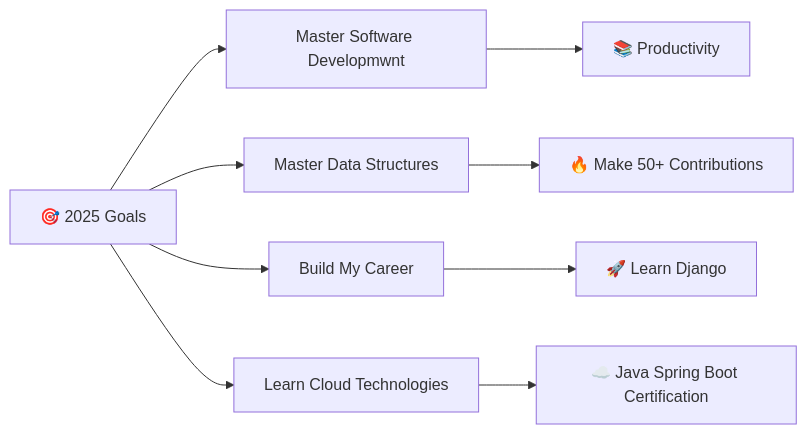
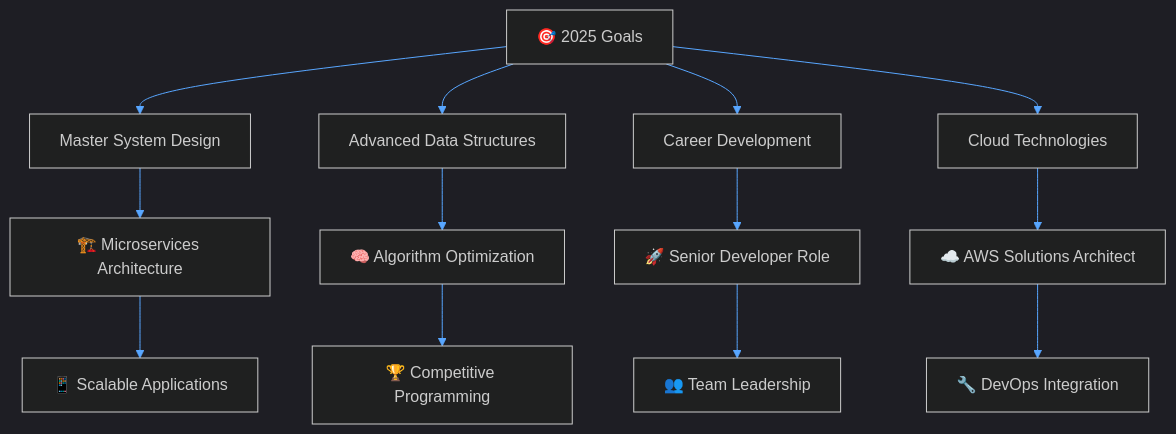
The diagram in README.md (abhinavhh/abhinavhh), drawn with Mermaid before and after one commit. The commit also changed other lines of this file, not shown here.

````diff
--- a/README.md
+++ b/README.md
@@ -104,12 +185,18 @@
 ```mermaid
-graph LR
-    A[🎯 2025 Goals] --> B[Master Software Developmwnt]
-    A --> C[Master Data Structures]
-    A --> D[Build My Career]
-    A --> E[Learn Cloud Technologies]
+%%{init: {'theme':'dark', 'themeVariables': {'darkMode': true, 'primaryColor': '#58a6ff', 'primaryTextColor': '#c9d1d9', 'primaryBorderColor': '#30363d', 'lineColor': '#58a6ff', 'background': '#0d1117', 'secondaryColor': '#21262d'}}}%%
+graph TB
+    A[🎯 2025 Goals] --> B[Master System Design]
+    A --> C[Advanced Data Structures]
+    A --> D[Career Development]
+    A --> E[Cloud Technologies]
     
-    B --> F[📚 Productivity]
-    C --> G[🔥 Make 50+ Contributions]
-    D --> H[🚀 Learn Django]
-    E --> I[☁️ Java Spring Boot Certification]
+    B --> F[🏗️ Microservices Architecture]
+    C --> G[🧠 Algorithm Optimization]
+    D --> H[🚀 Senior Developer Role]
+    E --> I[☁️ AWS Solutions Architect]
+    
+    F --> J[📱 Scalable Applications]
+    G --> K[🏆 Competitive Programming]
+    H --> L[👥 Team Leadership]
+    I --> M[🔧 DevOps Integration]
 ```
````
